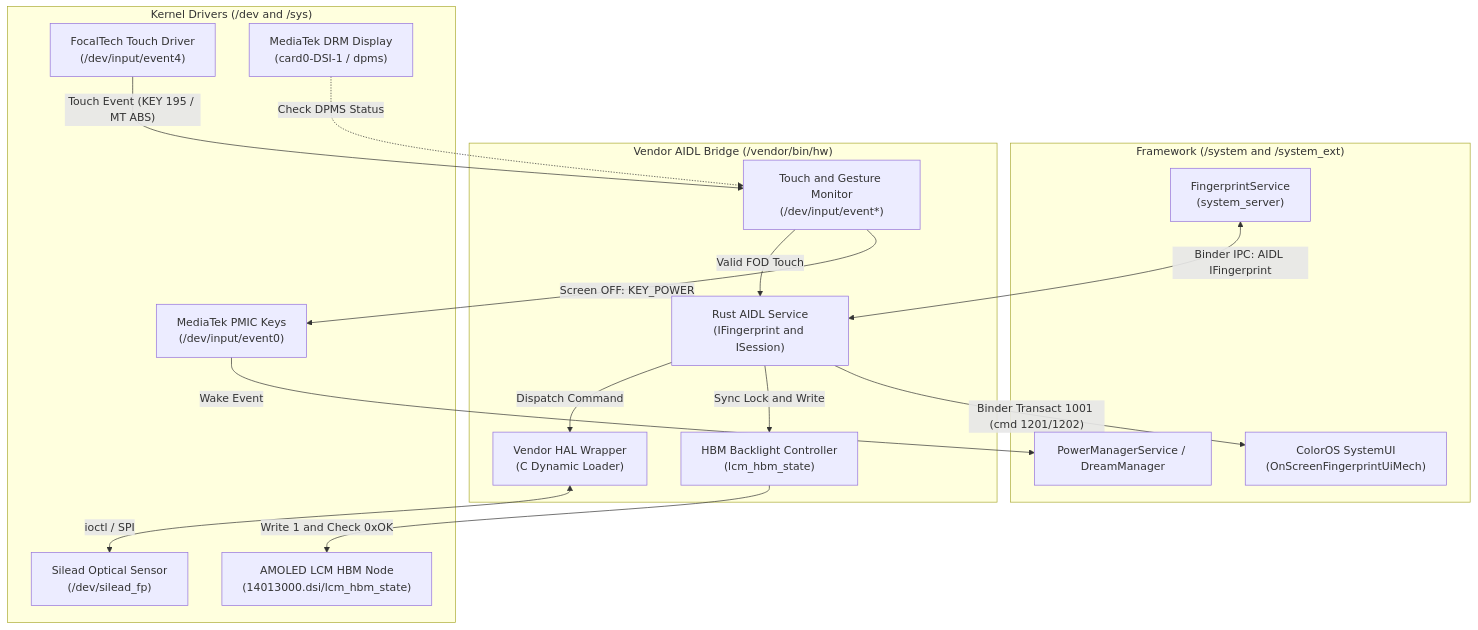
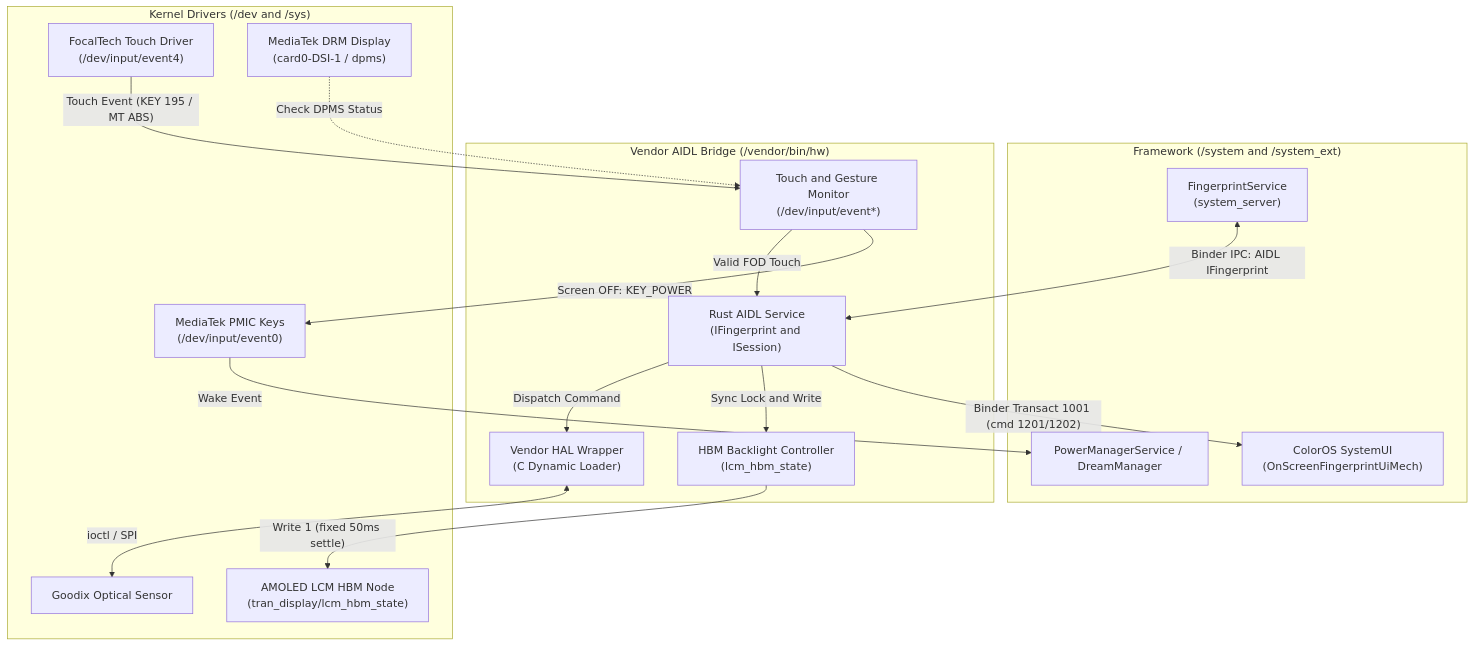
One commit to usermahiro/Oplus-UDFPS-Bridge-Transsion changed the first of 4 diagrams in README.md. Above: the diagram before and after it, drawn with Mermaid. The commit also changed other lines of this file and 37 other files, not shown here.

````diff
--- a/README.md
+++ b/README.md
@@ -53,35 +53,35 @@
 ```mermaid
 flowchart TD
     subgraph System["Framework (/system and /system_ext)"]
         SysUI["ColorOS SystemUI<br/>(OnScreenFingerprintUiMech)"]
         FpService["FingerprintService<br/>(system_server)"]
         PowerMgr["PowerManagerService / DreamManager"]
     end
 
     subgraph Bridge["Vendor AIDL Bridge (/vendor/bin/hw)"]
         AidlService["Rust AIDL Service<br/>(IFingerprint and ISession)"]
         TouchMon["Touch and Gesture Monitor<br/>(/dev/input/event*)"]
         HbmCtrl["HBM Backlight Controller<br/>(lcm_hbm_state)"]
         HalWrap["Vendor HAL Wrapper<br/>(C Dynamic Loader)"]
     end
 
     subgraph Kernel["Kernel Drivers (/dev and /sys)"]
         FtsDriver["FocalTech Touch Driver<br/>(/dev/input/event4)"]
         PmicKeys["MediaTek PMIC Keys<br/>(/dev/input/event0)"]
         MtkDrm["MediaTek DRM Display<br/>(card0-DSI-1 / dpms)"]
-        HbmNode["AMOLED LCM HBM Node<br/>(14013000.dsi/lcm_hbm_state)"]
-        SileadDev["Silead Optical Sensor<br/>(/dev/silead_fp)"]
+        HbmNode["AMOLED LCM HBM Node<br/>(tran_display/lcm_hbm_state)"]
+        GoodixDev["Goodix Optical Sensor"]
     end
 
     FpService <-->|"Binder IPC: AIDL IFingerprint"| AidlService
     AidlService -->|"Binder Transact 1001 (cmd 1201/1202)"| SysUI
     FtsDriver -->|"Touch Event (KEY 195 / MT ABS)"| TouchMon
     TouchMon -->|"Screen OFF: KEY_POWER"| PmicKeys
     PmicKeys -->|"Wake Event"| PowerMgr
     TouchMon -->|"Valid FOD Touch"| AidlService
     AidlService -->|"Sync Lock and Write"| HbmCtrl
-    HbmCtrl -->|"Write 1 and Check 0xOK"| HbmNode
+    HbmCtrl -->|"Write 1 (fixed 50ms settle)"| HbmNode
     AidlService -->|"Dispatch Command"| HalWrap
-    HalWrap <-->|"ioctl / SPI"| SileadDev
+    HalWrap <-->|"ioctl / SPI"| GoodixDev
     MtkDrm -.->|"Check DPMS Status"| TouchMon
 ```
````
